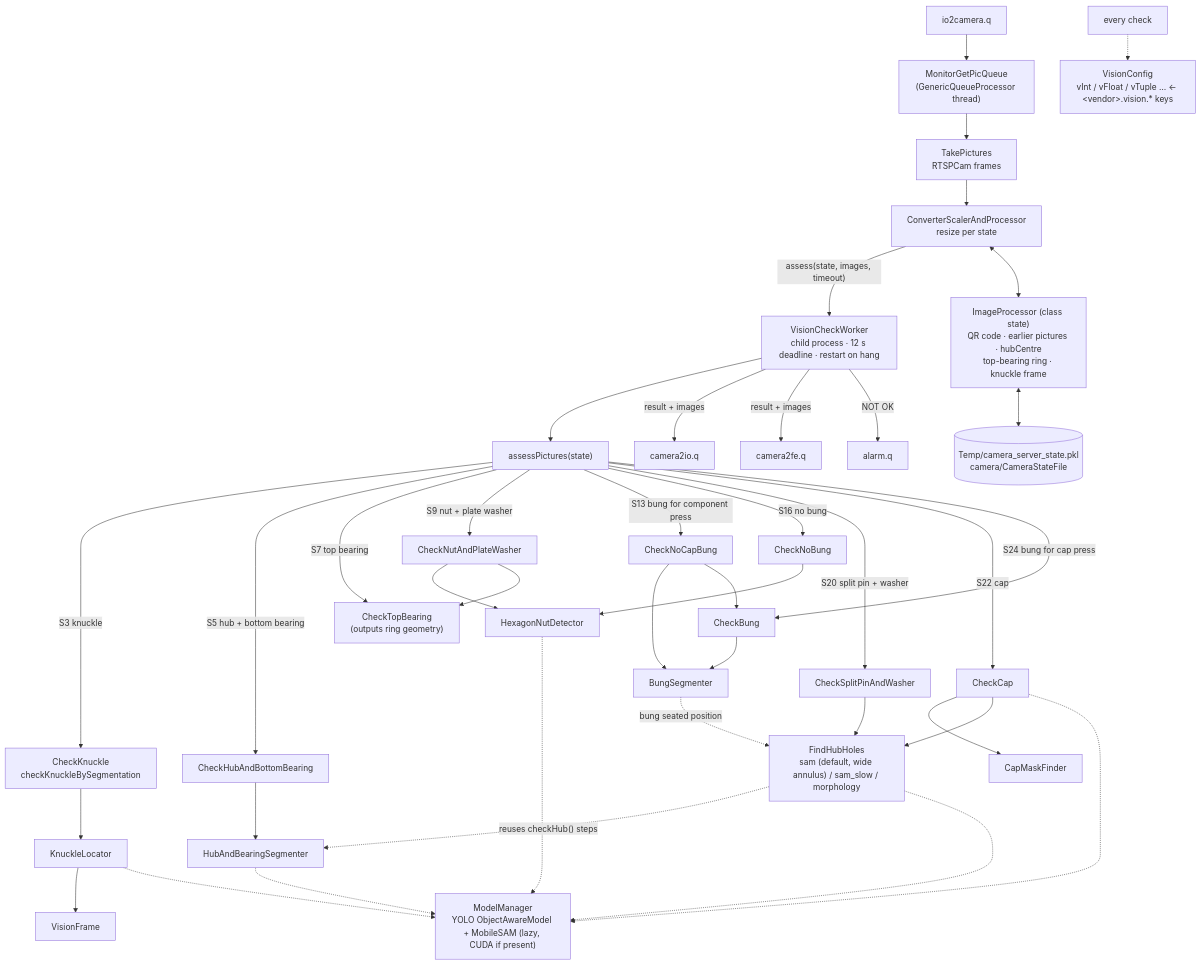
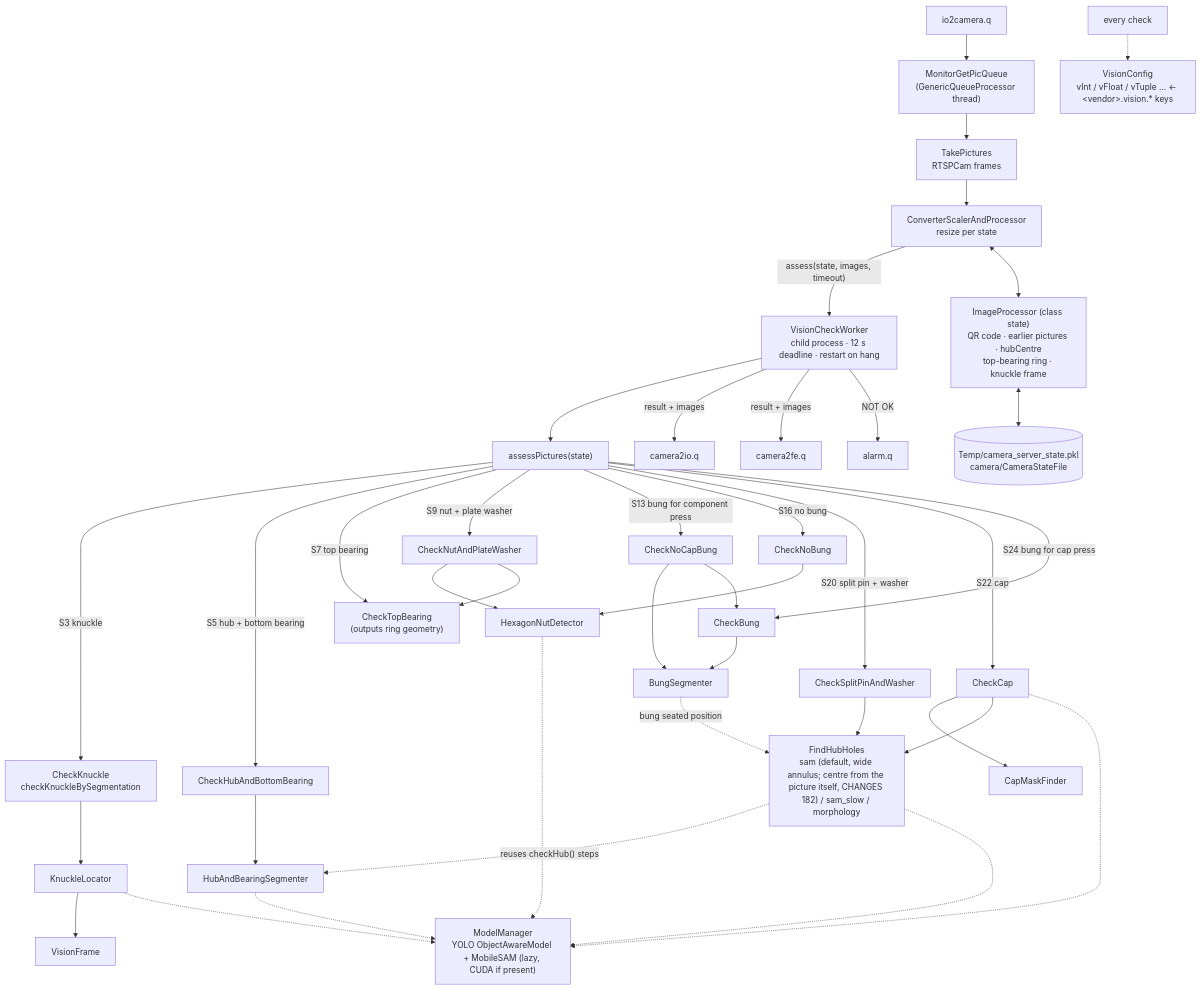
The diagram in docs/code_graph/3_camera.mmd (UBags/AshokLeyland_Machine2), drawn with Mermaid before and after one commit. The commit also changed 19 other files, not shown here.

First line of the commit message:
182: hub holes - the wide annulus centred from the picture being checked itself (vision.hubholes.centre.source=picture; pass 1 checkHub()'s steps, holes or bolts; hub check only as the fallback)

```diff
--- a/docs/code_graph/3_camera.mmd
+++ b/docs/code_graph/3_camera.mmd
@@ -1,31 +1,31 @@
 flowchart TB
   IN["io2camera.q"] --> M["MonitorGetPicQueue<br/>(GenericQueueProcessor thread)"]
   M --> T["TakePictures<br/>RTSPCam frames"]
   T --> C["ConverterScalerAndProcessor<br/>resize per state"]
   C -->|"assess(state, images, timeout)"| W["VisionCheckWorker<br/>child process · 12 s deadline · restart on hang"]
   W --> A["assessPictures(state)"]
   IP["ImageProcessor (class state)<br/>QR code · earlier pictures · hubCentre<br/>top-bearing ring · knuckle frame"]
   SF[("Temp/camera_server_state.pkl<br/>camera/CameraStateFile")]
   IP <--> SF
   C <--> IP
   A -->|"S3 knuckle"| K["CheckKnuckle<br/>checkKnuckleBySegmentation"]
   K --> KL["KnuckleLocator"] --> VF["VisionFrame"]
   A -->|"S5 hub + bottom bearing"| H["CheckHubAndBottomBearing"] --> HS["HubAndBearingSegmenter"]
   A -->|"S7 top bearing"| TB["CheckTopBearing<br/>(outputs ring geometry)"]
   A -->|"S9 nut + plate washer"| N["CheckNutAndPlateWasher"] --> HN["HexagonNutDetector"]
   N --> TB
   A -->|"S13 bung for component press"| NCB["CheckNoCapBung"] --> BS["BungSegmenter"]
   NCB --> CB
   A -->|"S16 no bung"| NB["CheckNoBung"] --> HN
   A -->|"S20 split pin + washer"| SP["CheckSplitPinAndWasher"]
   A -->|"S22 cap"| CP["CheckCap"] --> CMF["CapMaskFinder"]
   A -->|"S24 bung for cap press"| CB["CheckBung"] --> BS
-  SP & CP --> FH["FindHubHoles<br/>sam (default, wide annulus) / sam_slow / morphology"]
+  SP & CP --> FH["FindHubHoles<br/>sam (default, wide annulus; centre from the picture itself, CHANGES 182) / sam_slow / morphology"]
   BS -.->|"bung seated position"| FH
   FH -.->|"reuses checkHub() steps"| HS
   HS & HN & KL -.-> MM["ModelManager<br/>YOLO ObjectAwareModel + MobileSAM (lazy, CUDA if present)"]
   FH -.-> MM
   CP -.-> MM
   ALLV["every check"] -.-> VC["VisionConfig<br/>vInt / vFloat / vTuple … ← &lt;vendor&gt;.vision.* keys"]
   W -->|"result + images"| OUT1["camera2io.q"] & OUT2["camera2fe.q"]
   W -->|"NOT OK"| OUT3["alarm.q"]
```
